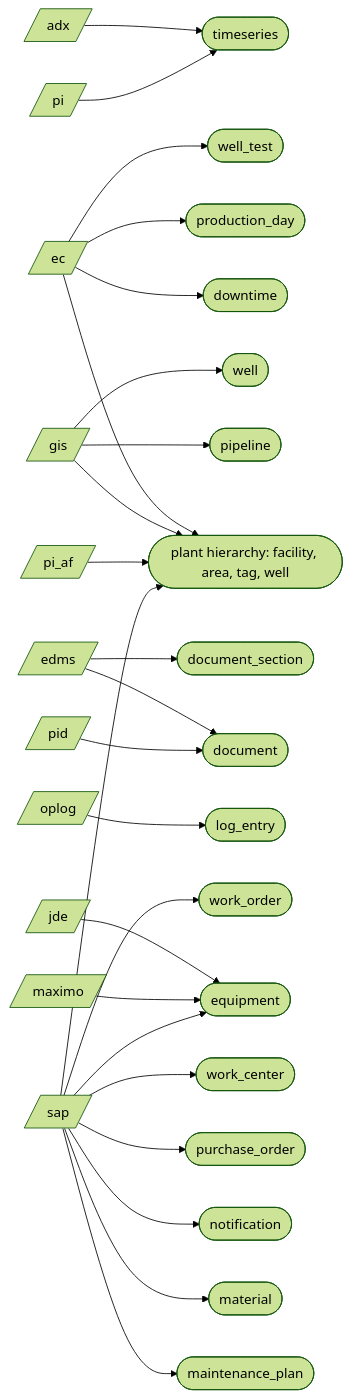
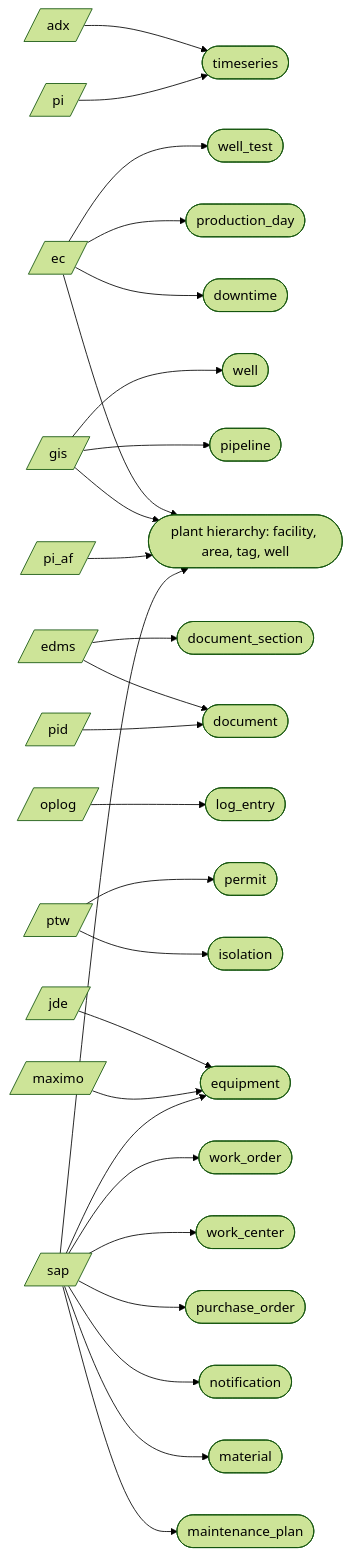
Before and after one commit to areed145/fuzer: the second of 3 diagrams in docs/architecture.md, drawn with Mermaid (forest theme). The commit also changed other lines of this file and 16 other files, not shown here.

````diff
--- a/docs/architecture.md
+++ b/docs/architecture.md
@@ -79,55 +79,60 @@
 ```mermaid
 flowchart LR
   src_adx[/"adx"/]
   src_ec[/"ec"/]
   src_edms[/"edms"/]
   src_gis[/"gis"/]
   src_jde[/"jde"/]
   src_maximo[/"maximo"/]
   src_oplog[/"oplog"/]
   src_pi[/"pi"/]
   src_pi_af[/"pi_af"/]
   src_pid[/"pid"/]
+  src_ptw[/"ptw"/]
   src_sap[/"sap"/]
   kind_document(["document"])
   kind_document_section(["document_section"])
   kind_downtime(["downtime"])
   kind_equipment(["equipment"])
+  kind_isolation(["isolation"])
   kind_log_entry(["log_entry"])
   kind_maintenance_plan(["maintenance_plan"])
   kind_material(["material"])
   kind_notification(["notification"])
+  kind_permit(["permit"])
   kind_pipeline(["pipeline"])
   kind_plant_hierarchy__facility__area__tag__well(["plant hierarchy: facility, area, tag, well"])
   kind_production_day(["production_day"])
   kind_purchase_order(["purchase_order"])
   kind_timeseries(["timeseries"])
   kind_well(["well"])
   kind_well_test(["well_test"])
   kind_work_center(["work_center"])
   kind_work_order(["work_order"])
   src_adx --> kind_timeseries
   src_ec --> kind_downtime
   src_ec --> kind_plant_hierarchy__facility__area__tag__well
   src_ec --> kind_production_day
   src_ec --> kind_well_test
   src_edms --> kind_document
   src_edms --> kind_document_section
   src_gis --> kind_pipeline
   src_gis --> kind_plant_hierarchy__facility__area__tag__well
   src_gis --> kind_well
   src_jde --> kind_equipment
   src_maximo --> kind_equipment
   src_oplog --> kind_log_entry
   src_pi --> kind_timeseries
   src_pi_af --> kind_plant_hierarchy__facility__area__tag__well
   src_pid --> kind_document
+  src_ptw --> kind_isolation
+  src_ptw --> kind_permit
   src_sap --> kind_equipment
   src_sap --> kind_maintenance_plan
   src_sap --> kind_material
   src_sap --> kind_notification
   src_sap --> kind_plant_hierarchy__facility__area__tag__well
   src_sap --> kind_purchase_order
   src_sap --> kind_work_center
   src_sap --> kind_work_order
 ```
````
